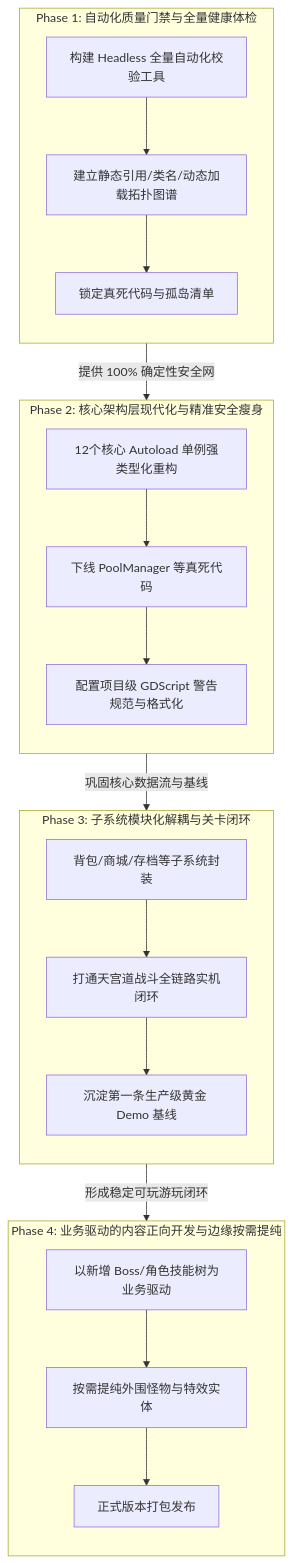
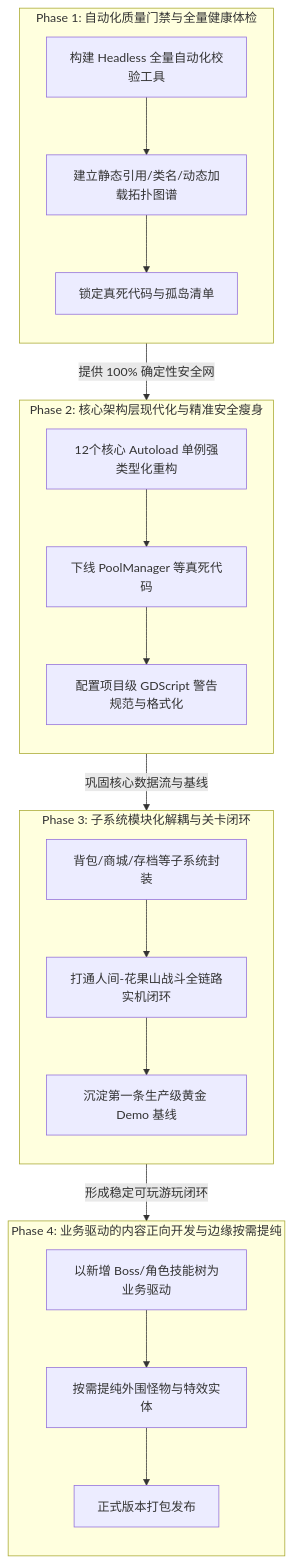
The diagram in docs/roadmap.md (0xnayuta/ZMXYBHYH), drawn with Mermaid before and after one commit. The commit also changed other lines of this file and 1 other file, not shown here.

````diff
--- a/docs/roadmap.md
+++ b/docs/roadmap.md
@@ -11,30 +11,30 @@
 ```mermaid
 flowchart TD
     subgraph P1 [Phase 1: 自动化质量门禁与全量健康体检]
         direction TB
         A1[构建 Headless 全量自动化校验工具] --> A2[建立静态引用/类名/动态加载拓扑图谱]
         A2 --> A3[锁定真死代码与孤岛清单]
     end
 
     subgraph P2 [Phase 2: 核心架构层现代化与精准安全瘦身]
         direction TB
         B1[12个核心 Autoload 单例强类型化重构] --> B2[下线 PoolManager 等真死代码]
         B2 --> B3[配置项目级 GDScript 警告规范与格式化]
     end
 
     subgraph P3 [Phase 3: 子系统模块化解耦与关卡闭环]
         direction TB
-        C1[背包/商城/存档等子系统封装] --> C2[打通天宫道战斗全链路实机闭环]
+        C1[背包/商城/存档等子系统封装] --> C2[打通人间-花果山战斗全链路实机闭环]
         C2 --> C3[沉淀第一条生产级黄金 Demo 基线]
     end
 
     subgraph P4 [Phase 4: 业务驱动的内容正向开发与边缘按需提纯]
         direction TB
         D1[以新增 Boss/角色技能树为业务驱动] --> D2[按需提纯外围怪物与特效实体]
         D2 --> D3[正式版本打包发布]
     end
 
     P1 -->|提供 100% 确定性安全网| P2
     P2 -->|巩固核心数据流与基线| P3
     P3 -->|形成稳定可玩游玩闭环| P4
 ```
````
